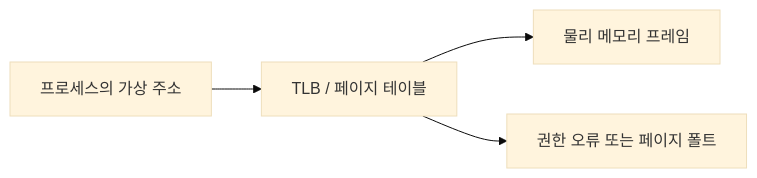
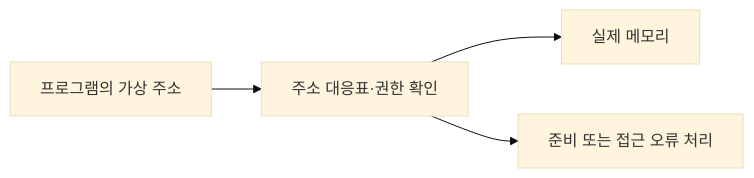
The diagram in content/topics/virtual-memory.md (moocongpapa/it-study), drawn with Mermaid (base theme) before and after one commit. The commit also changed other lines of this file and 71 other files, not shown here.

````diff
--- a/content/topics/virtual-memory.md
+++ b/content/topics/virtual-memory.md
@@ -6,6 +20,5 @@
 ```mermaid
 flowchart LR
-  A["프로세스의 가상 주소"] --> B["TLB / 페이지 테이블"]
-  B --> C["물리 메모리 프레임"]
-  B --> D["권한 오류 또는 페이지 폴트"]
+ A["프로그램의 가상 주소"] --> B["주소 대응표·권한 확인"] --> C["실제 메모리"]
+ B --> D["준비 또는 접근 오류 처리"]
 ```
````
